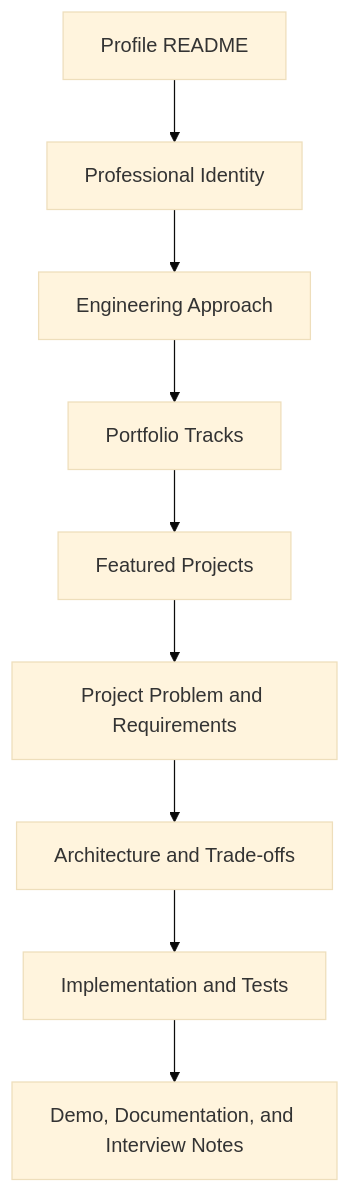
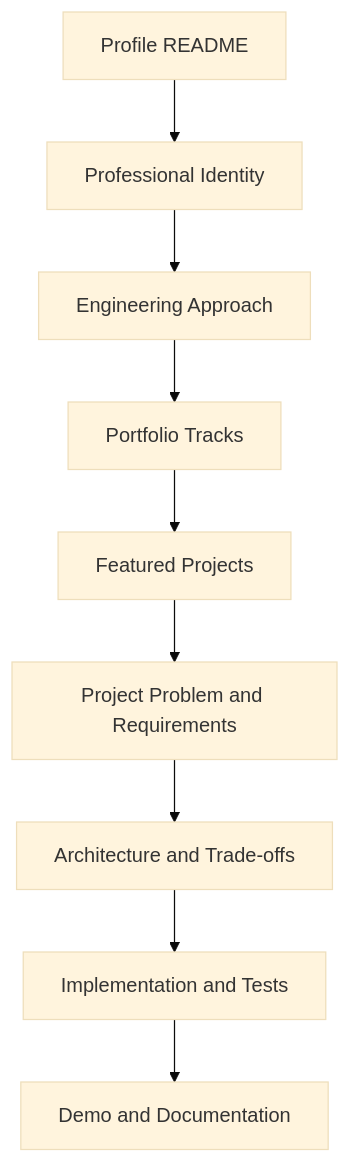
The diagram in docs/portfolio_strategy.md (SouravKh-7/git_portfolio), drawn with Mermaid (base theme) before and after one commit. The commit also changed 1 other file, not shown here.

Commit message:
Remove interview-focused portfolio wording

````diff
--- a/docs/portfolio_strategy.md
+++ b/docs/portfolio_strategy.md
@@ -38,11 +38,11 @@
 ```mermaid
 flowchart TD
     A[Profile README] --> B[Professional Identity]
     B --> C[Engineering Approach]
     C --> D[Portfolio Tracks]
     D --> E[Featured Projects]
     E --> F[Project Problem and Requirements]
     F --> G[Architecture and Trade-offs]
     G --> H[Implementation and Tests]
-    H --> I[Demo, Documentation, and Interview Notes]
+    H --> I[Demo and Documentation]
 ```
````
